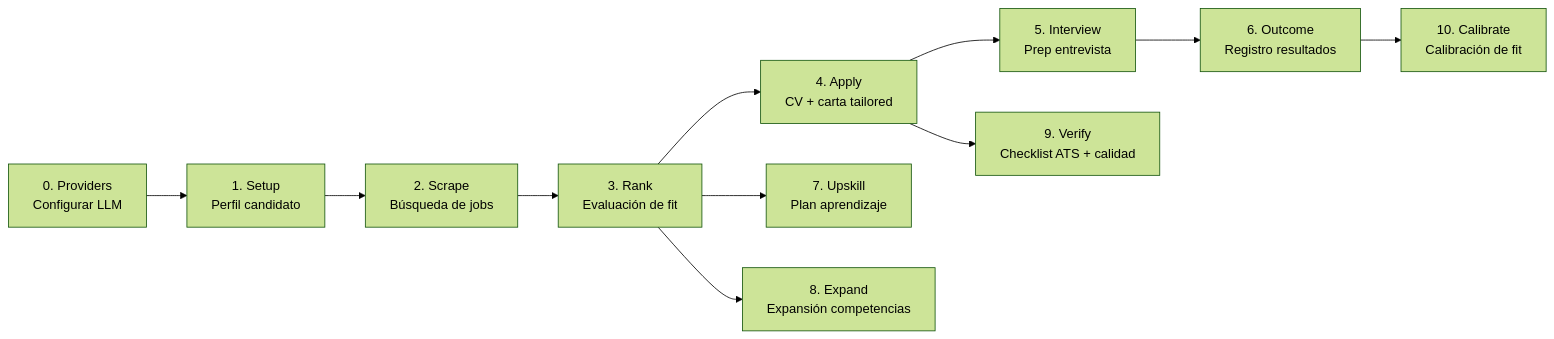
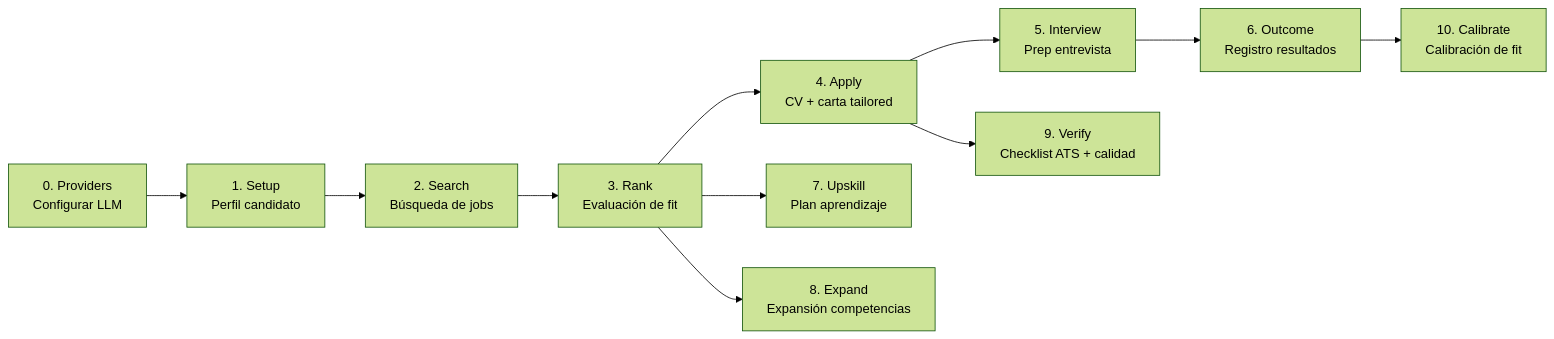
The diagram in README.md (AntonyML/open-ai-jobs-search-fastapi-backend), drawn with Mermaid (forest theme) before and after one commit. The commit also changed other lines of this file, not shown here.

````diff
--- a/README.md
+++ b/README.md
@@ -103,13 +116,13 @@
 ```mermaid
 flowchart LR
     A[0. Providers<br/>Configurar LLM] --> B[1. Setup<br/>Perfil candidato]
-    B --> C[2. Scrape<br/>Búsqueda de jobs]
+    B --> C[2. Search<br/>Búsqueda de jobs]
     C --> D[3. Rank<br/>Evaluación de fit]
     D --> E[4. Apply<br/>CV + carta tailored]
     D --> H[7. Upskill<br/>Plan aprendizaje]
     D --> I[8. Expand<br/>Expansión competencias]
     E --> F[5. Interview<br/>Prep entrevista]
     F --> G[6. Outcome<br/>Registro resultados]
     E --> J[9. Verify<br/>Checklist ATS + calidad]
     G --> K[10. Calibrate<br/>Calibración de fit]
 ```
````
